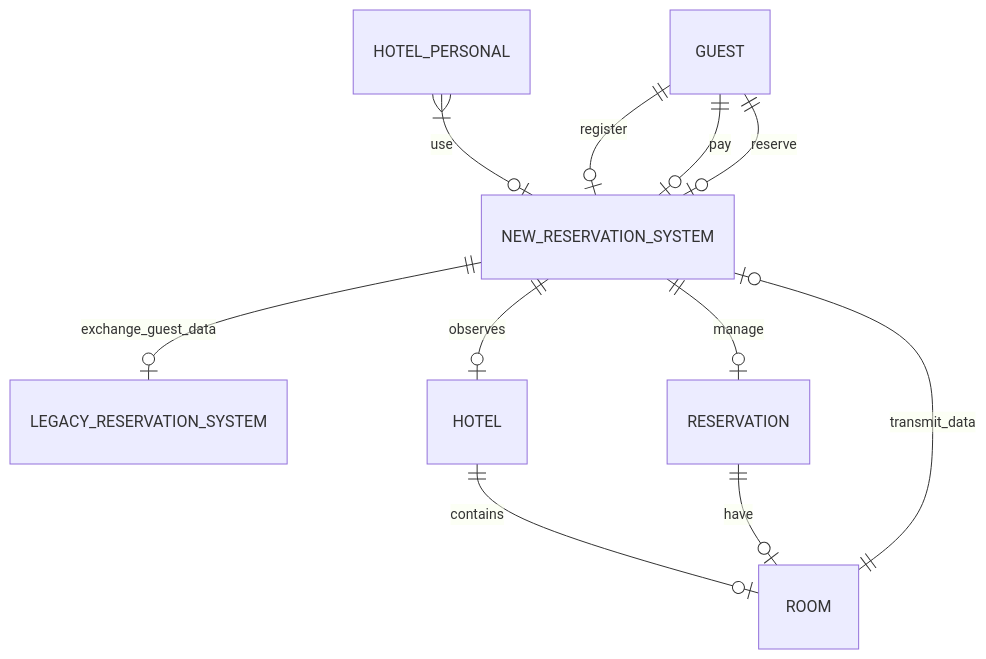
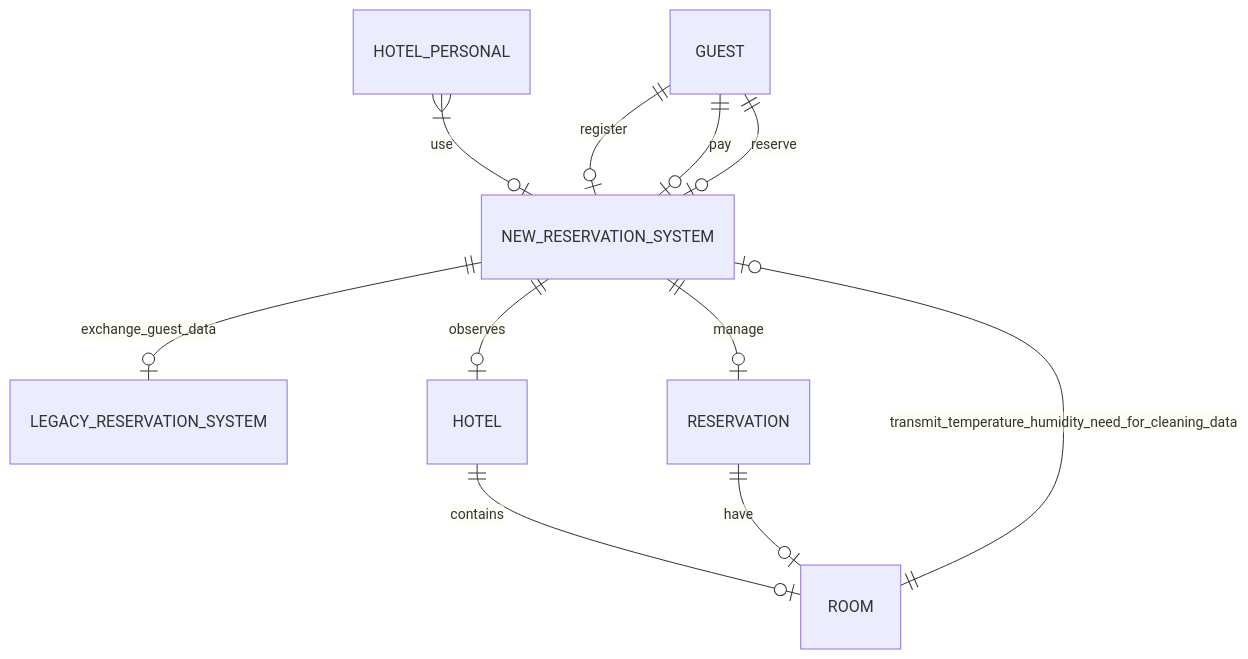
The diagram in RoomWithAView/doc/adrs/0002-subject-area.md (shipa988/ArchitecureDesign), drawn with Mermaid before and after one commit. The commit also changed 4 other files, not shown here.

````diff
--- a/RoomWithAView/doc/adrs/0002-subject-area.md
+++ b/RoomWithAView/doc/adrs/0002-subject-area.md
@@ -43,18 +43,18 @@
 ```mermaid
 erDiagram
 
     HOTEL_PERSONAL |{--o| NEW_RESERVATION_SYSTEM : use
 
     GUEST ||--o| NEW_RESERVATION_SYSTEM : register
     GUEST ||--o| NEW_RESERVATION_SYSTEM : pay
     GUEST ||--o| NEW_RESERVATION_SYSTEM : reserve
     
     NEW_RESERVATION_SYSTEM ||--o| LEGACY_RESERVATION_SYSTEM : exchange_guest_data
     NEW_RESERVATION_SYSTEM ||--o| HOTEL : observes
     NEW_RESERVATION_SYSTEM ||--o| RESERVATION : manage
     
     HOTEL ||--o| ROOM : contains
     RESERVATION ||--o| ROOM : have
 
-    ROOM ||--o| NEW_RESERVATION_SYSTEM : transmit_data
+    ROOM ||--o| NEW_RESERVATION_SYSTEM : transmit_temperature_humidity_need_for_cleaning_data
 ```
````
